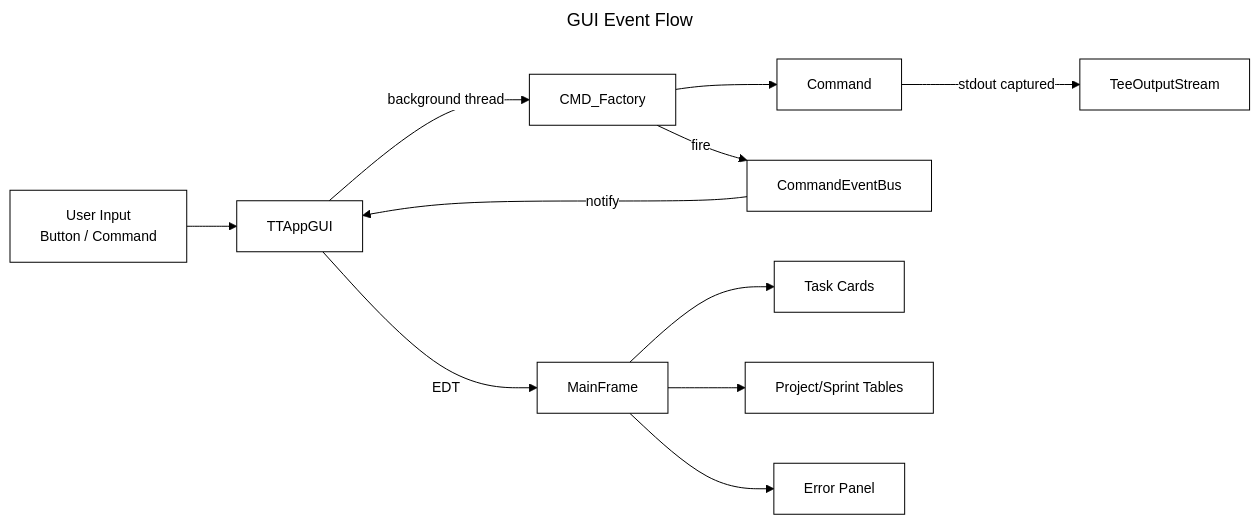
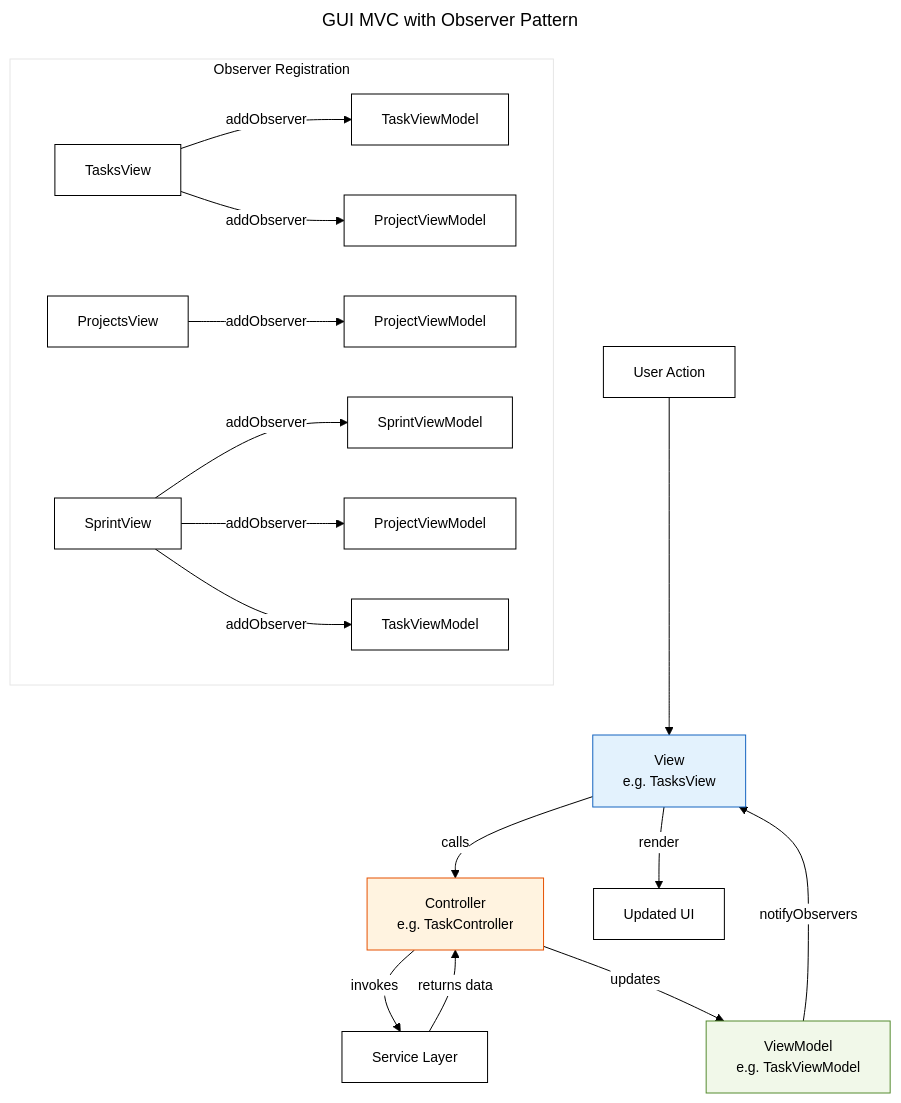
The fifth of 9 diagrams in docs/DIAGRAM.md (magana272/TaskTrac), drawn with Mermaid before and after one commit. The commit also changed other lines of this file and 14 other files, not shown here.

First line of the commit message:
Observer pattern wiring, bug fixes, and doc updates

````diff
--- a/docs/DIAGRAM.md
+++ b/docs/DIAGRAM.md
@@ -232,25 +233,36 @@
 ```mermaid
 ---
 config:
   theme: base
   themeVariables:
     primaryColor: '#ffffff'
     primaryTextColor: '#000000'
     primaryBorderColor: '#000000'
     lineColor: '#000000'
     fontFamily: 'Georgia, Times New Roman, serif'
     fontSize: '14px'
-title: GUI Event Flow
+title: GUI MVC with Observer Pattern
 ---
-flowchart LR
-    Input[User Input<br>Button / Command] --> TTAppGUI
-    TTAppGUI -->|background thread| CMDFactory[CMD_Factory]
-    CMDFactory --> CMD[Command]
-    CMD -->|stdout captured| TeeOS[TeeOutputStream]
-    CMDFactory -->|fire| EventBus[CommandEventBus]
-    EventBus -->|notify| TTAppGUI
-    TTAppGUI -->|EDT| MainFrame
-    MainFrame --> Cards[Task Cards]
-    MainFrame --> Tables[Project/Sprint Tables]
-    MainFrame --> Error[Error Panel]
+flowchart TB
+    User[User Action] --> View[View<br>e.g. TasksView]
+    View -->|calls| Controller[Controller<br>e.g. TaskController]
+    Controller -->|invokes| Service[Service Layer]
+    Service -->|returns data| Controller
+    Controller -->|updates| ViewModel[ViewModel<br>e.g. TaskViewModel]
+    ViewModel -->|notifyObservers| View
+    View -->|render| UI[Updated UI]
+
+    subgraph Observer Registration
+        direction LR
+        TasksView_Obs[TasksView] -->|addObserver| TaskVM[TaskViewModel]
+        TasksView_Obs -->|addObserver| ProjVM1[ProjectViewModel]
+        ProjectsView_Obs[ProjectsView] -->|addObserver| ProjVM2[ProjectViewModel]
+        SprintView_Obs[SprintView] -->|addObserver| SprintVM[SprintViewModel]
+        SprintView_Obs -->|addObserver| ProjVM3[ProjectViewModel]
+        SprintView_Obs -->|addObserver| TaskVM2[TaskViewModel]
+    end
+
+    style View fill:#e3f2fd,stroke:#1565c0
+    style Controller fill:#fff3e0,stroke:#e65100
+    style ViewModel fill:#f1f8e9,stroke:#558b2f
 ```
````
